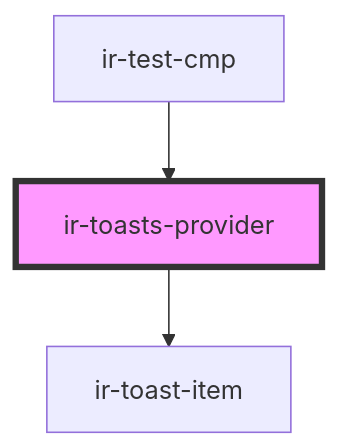
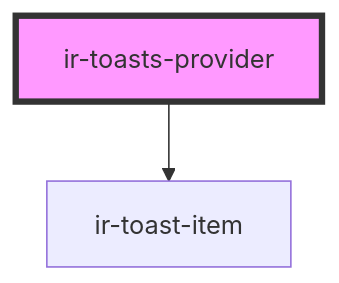
Before and after one commit to RonyRizk/ir-webcmp: the diagram in src/components/ui/ir-toasts-provider/readme.md, drawn with Mermaid. The commit also changed other lines of this file and 508 other files, not shown here.

````diff
--- a/src/components/ui/ir-toasts-provider/readme.md
+++ b/src/components/ui/ir-toasts-provider/readme.md
@@ -39,6 +35,5 @@
 ```mermaid
 graph TD;
   ir-toasts-provider --> ir-toast-item
-  ir-test-cmp --> ir-toasts-provider
   style ir-toasts-provider fill:#f9f,stroke:#333,stroke-width:4px
 ```
````
